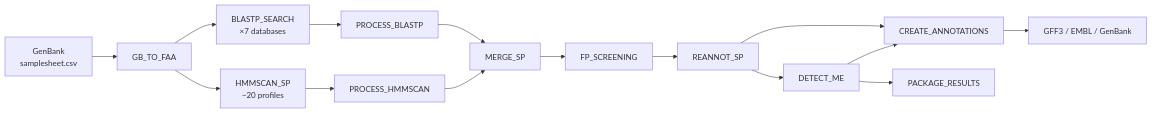
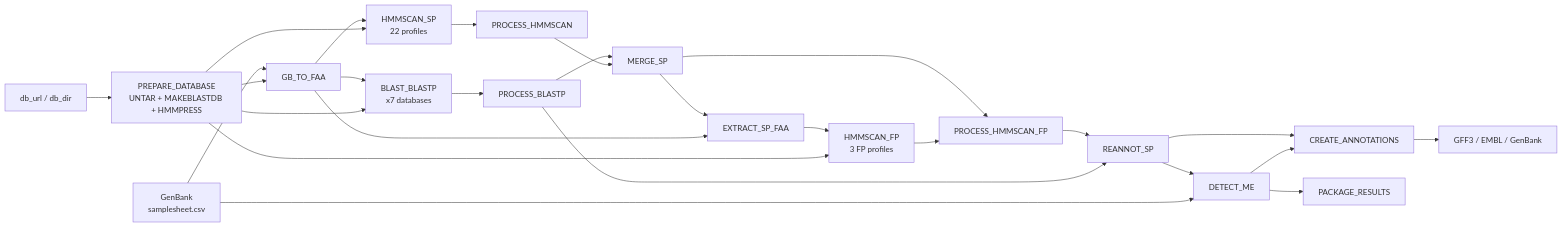
One commit to andreassag/advena changed the diagram in README.md. Above: the diagram before and after it, drawn with Mermaid. The commit also changed other lines of this file and 129 other files, not shown here.

````diff
--- a/README.md
+++ b/README.md
@@ -98,17 +115,28 @@
 ```mermaid
 graph LR
     A[GenBank<br/>samplesheet.csv] --> B[GB_TO_FAA]
-    B --> C[BLASTP_SEARCH<br/>×7 databases]
-    B --> D[HMMSCAN_SP<br/>~20 profiles]
+    DB[db_url / db_dir] --> P[PREPARE_DATABASE<br/>UNTAR + MAKEBLASTDB + HMMPRESS]
+    P --> B
+    B --> C[BLAST_BLASTP<br/>x7 databases]
+    P --> C
+    B --> D[HMMSCAN_SP<br/>22 profiles]
+    P --> D
     C --> E[PROCESS_BLASTP]
     D --> F[PROCESS_HMMSCAN]
     E --> G[MERGE_SP]
     F --> G
-    G --> H[FP_SCREENING]
-    H --> I[REANNOT_SP]
+    G --> H1[EXTRACT_SP_FAA]
+    B --> H1
+    H1 --> H2[HMMSCAN_FP<br/>3 FP profiles]
+    P --> H2
+    G --> H3[PROCESS_HMMSCAN_FP]
+    H2 --> H3
+    H3 --> I[REANNOT_SP]
+    E --> I
     I --> J[DETECT_ME]
+    A --> J
     I --> K[CREATE_ANNOTATIONS]
     J --> K
     J --> L[PACKAGE_RESULTS]
     K --> M[GFF3 / EMBL / GenBank]
 ```
````
